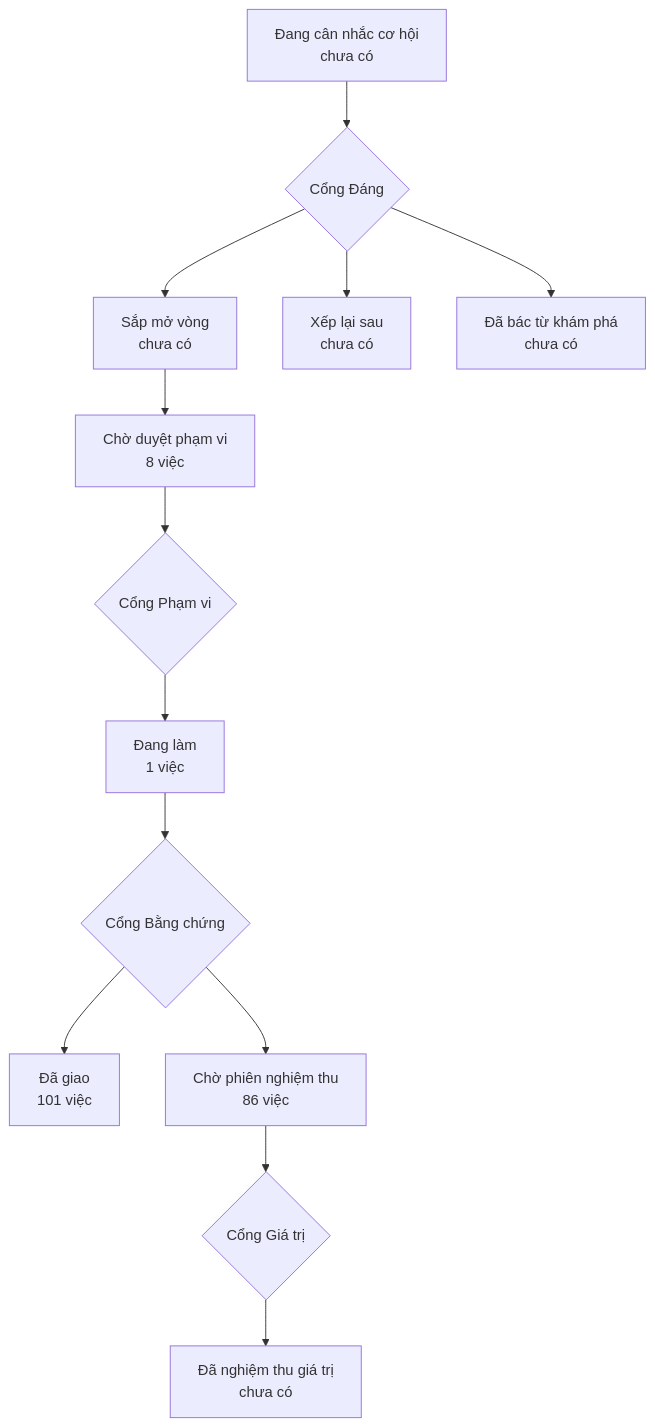
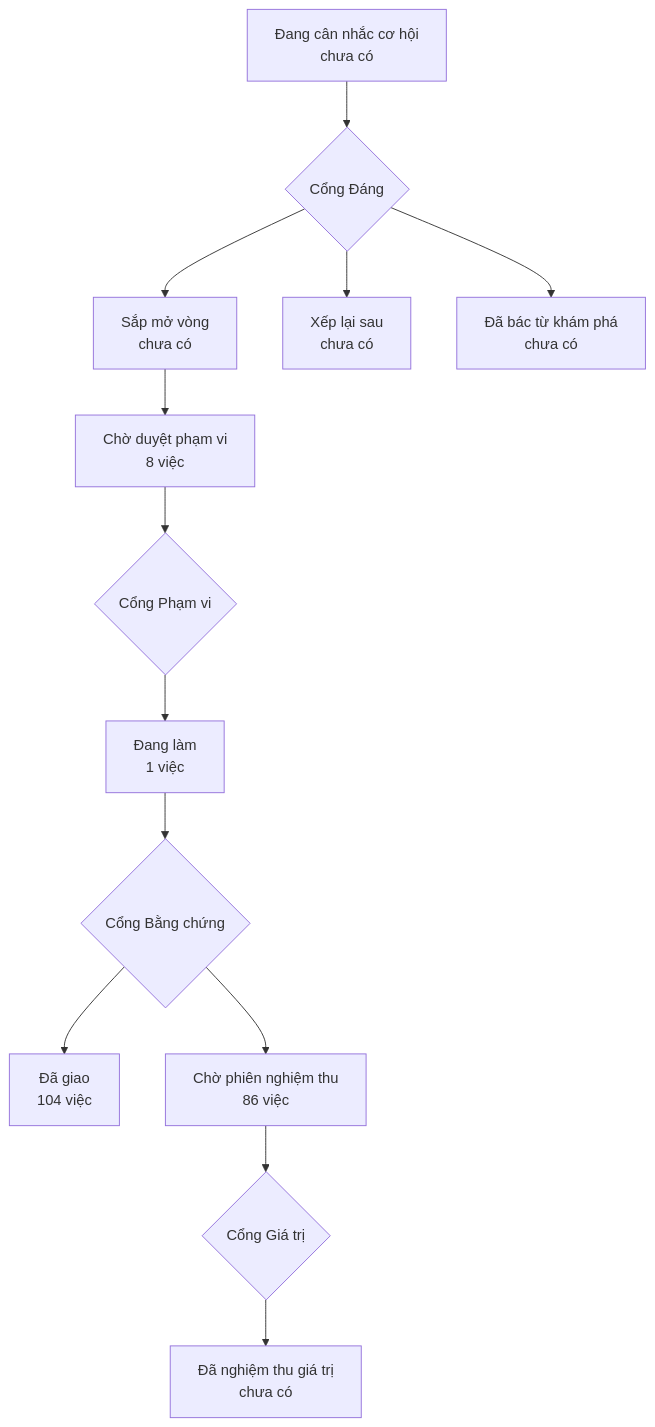
One commit to phanlemanh/onehub-invest changed the diagram in PRODUCT-MAP.md. Above: the diagram before and after it, drawn with Mermaid. The commit also changed other lines of this file and 1 other file, not shown here.

````diff
--- a/PRODUCT-MAP.md
+++ b/PRODUCT-MAP.md
@@ -7,12 +7,12 @@
 ```mermaid
 flowchart TD
   A["Đang cân nhắc cơ hội<br/>chưa có"] --> GD{"Cổng Đáng"}
   GD --> B["Sắp mở vòng<br/>chưa có"]
   GD --> XL["Xếp lại sau<br/>chưa có"]
   GD --> DB["Đã bác từ khám phá<br/>chưa có"]
   B --> CD["Chờ duyệt phạm vi<br/>8 việc"] --> GP{"Cổng Phạm vi"}
   GP --> DL["Đang làm<br/>1 việc"] --> GB{"Cổng Bằng chứng"}
-  GB --> DG["Đã giao<br/>101 việc"]
+  GB --> DG["Đã giao<br/>104 việc"]
   GB --> CN["Chờ phiên nghiệm thu<br/>86 việc"] --> GG{"Cổng Giá trị"}
   GG --> NT["Đã nghiệm thu giá trị<br/>chưa có"]
 ```
````
